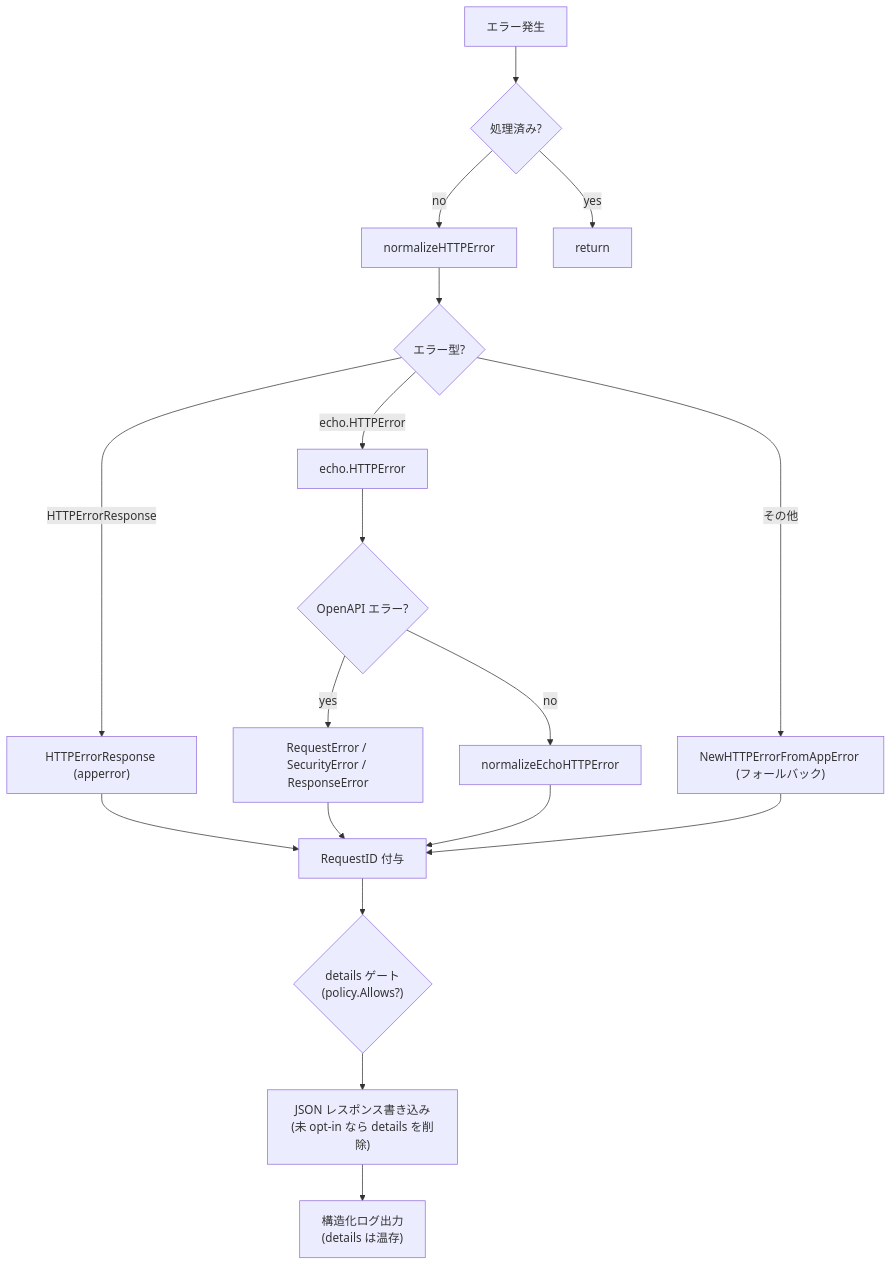
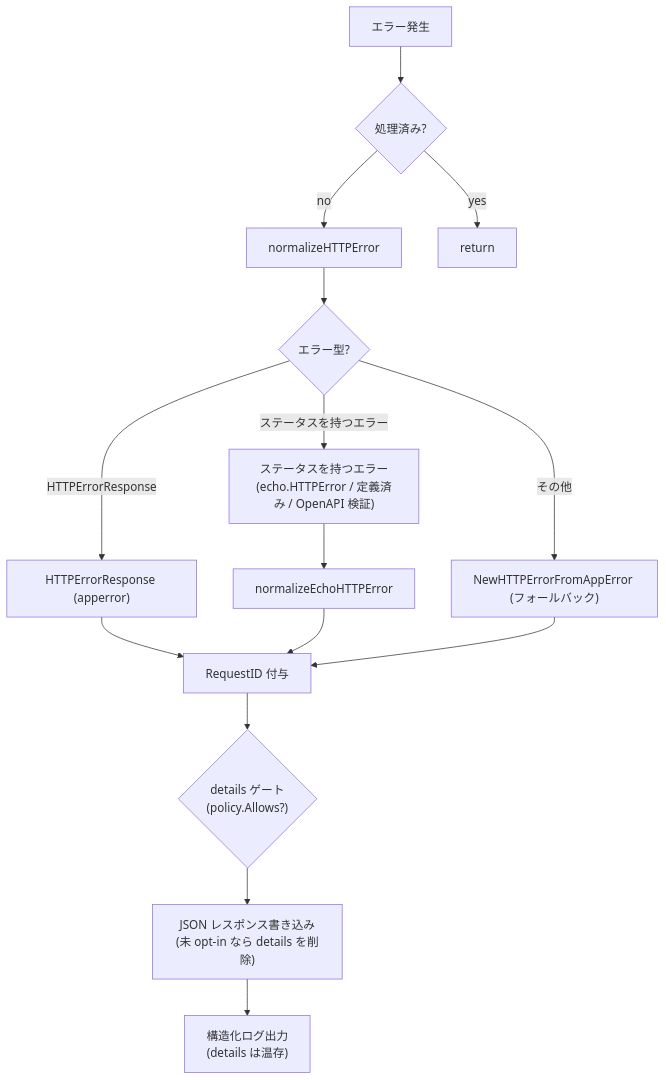
The diagram in internal/controller/httpstack/errorhandler/README.ja.md (Tomy-ch/go-boilerplate), drawn with Mermaid before and after one commit. The commit also changed other lines of this file and 19 other files, not shown here.

First line of the commit message:
Refactor: OpenAPI バリデーションを echo-v5-middleware へ載せ替える

````diff
--- a/internal/controller/httpstack/errorhandler/README.ja.md
+++ b/internal/controller/httpstack/errorhandler/README.ja.md
@@ -9,28 +9,24 @@
 ```mermaid
 flowchart TB
     Error["エラー発生"]
     Guard{"処理済み?"}
     Normalize["normalizeHTTPError"]
     TypeCheck{"エラー型?"}
     AppErr["HTTPErrorResponse (apperror)"]
-    EchoErr["echo.HTTPError"]
-    OAPICheck{"OpenAPI エラー?"}
-    OAPIErr["RequestError / SecurityError / ResponseError"]
+    EchoErr["ステータスを持つエラー<br/>(echo.HTTPError / 定義済み / OpenAPI 検証)"]
     EchoNorm["normalizeEchoHTTPError"]
     Fallback["NewHTTPErrorFromAppError (フォールバック)"]
     AddReqID["RequestID 付与"]
     Gate{"details ゲート<br/>(policy.Allows?)"}
     Write["JSON レスポンス書き込み<br/>(未 opt-in なら details を削除)"]
     Log["構造化ログ出力<br/>(details は温存)"]
 
     Error --> Guard
     Guard -- yes --> return
     Guard -- no --> Normalize
     Normalize --> TypeCheck
     TypeCheck -- HTTPErrorResponse --> AppErr --> AddReqID
-    TypeCheck -- echo.HTTPError --> EchoErr --> OAPICheck
-    OAPICheck -- yes --> OAPIErr --> AddReqID
-    OAPICheck -- no --> EchoNorm --> AddReqID
+    TypeCheck -- ステータスを持つエラー --> EchoErr --> EchoNorm --> AddReqID
     TypeCheck -- その他 --> Fallback --> AddReqID
     AddReqID --> Gate --> Write --> Log
 ```
````
